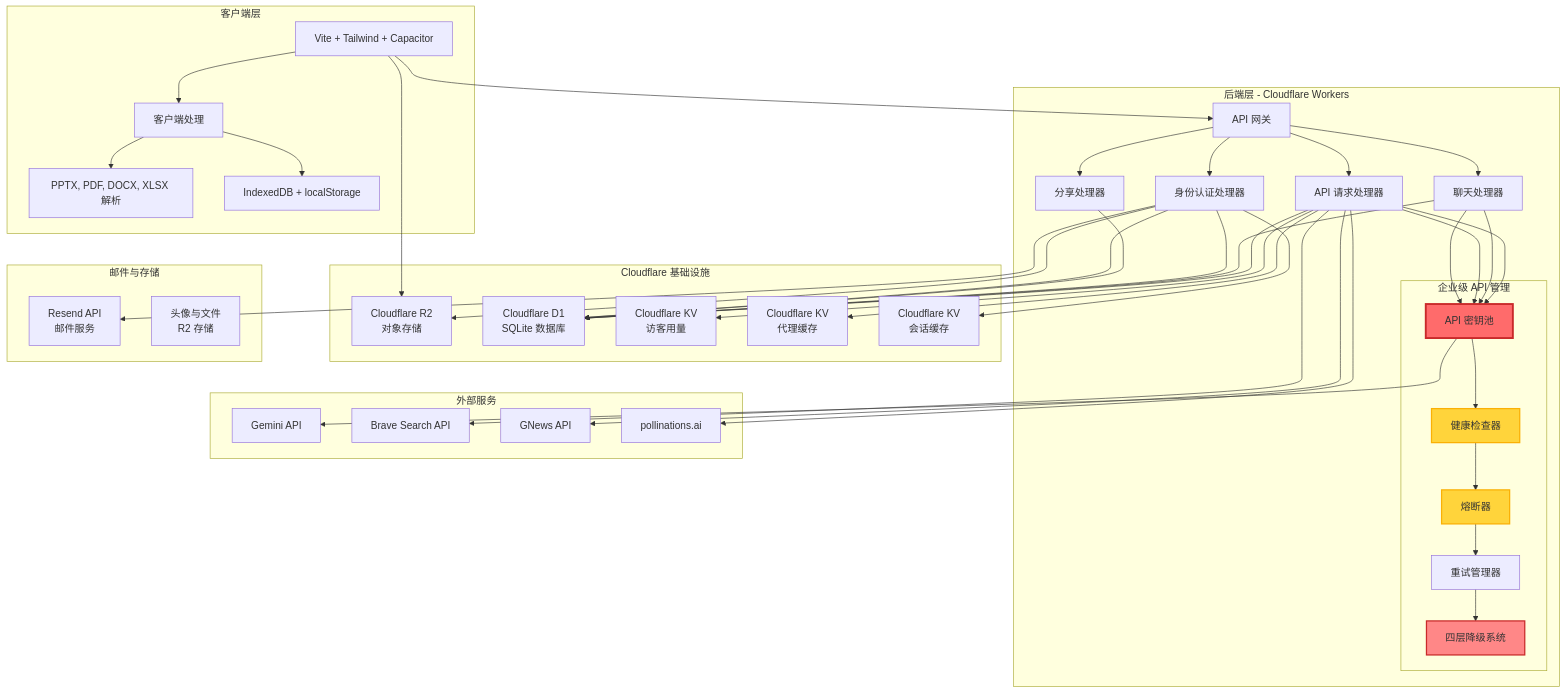
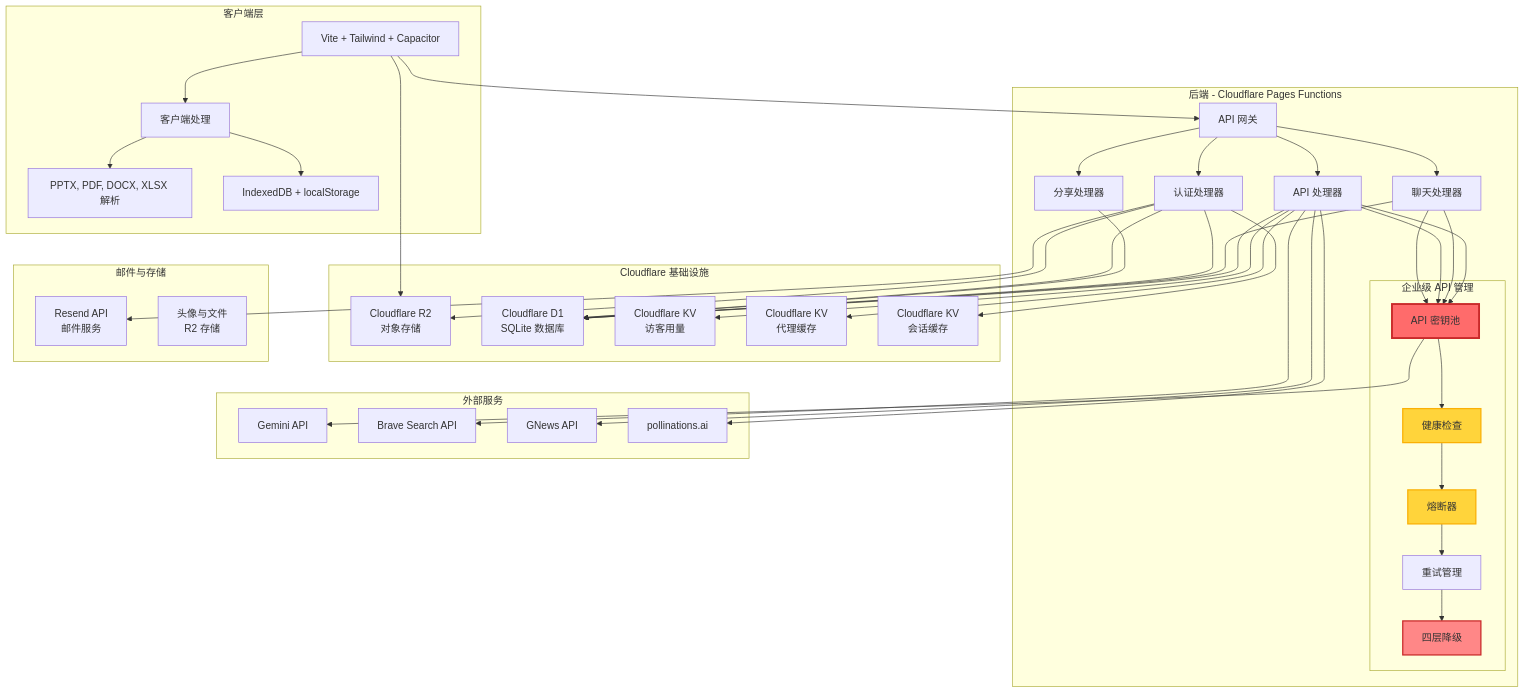
Before and after one commit to PandaSI-Labs/littleaibox: the diagram in docs/README.zh-CN.md, drawn with Mermaid. The commit also changed other lines of this file and 3 other files, not shown here.

```diff
--- a/docs/README.zh-CN.md
+++ b/docs/README.zh-CN.md
@@ -138,11 +138,11 @@
         H --> J
     end
     
-    subgraph "后端层 - Cloudflare Workers"
+    subgraph "后端 - Cloudflare Pages Functions"
         B[API 网关]
-        B1[身份认证处理器]
+        B1[认证处理器]
         B2[聊天处理器]
-        B3[API 请求处理器]
+        B3[API 处理器]
         B4[分享处理器]
         B --> B1
         B --> B2
@@ -151,10 +151,10 @@
         
         subgraph "企业级 API 管理"
             B5[API 密钥池]
-            B6[健康检查器]
+            B6[健康检查]
             B7[熔断器]
-            B8[重试管理器]
-            B9[四层降级系统]
+            B8[重试管理]
+            B9[四层降级]
             B5 --> B6
             B6 --> B7
             B7 --> B8
```
